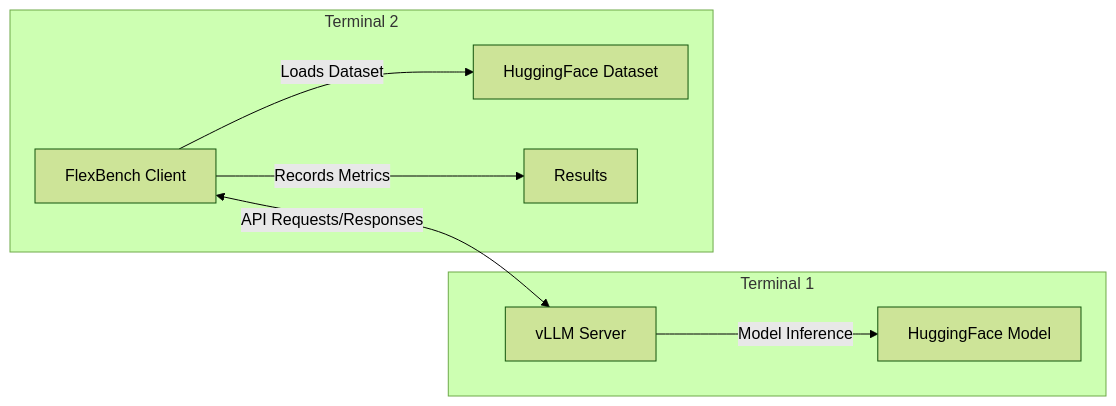
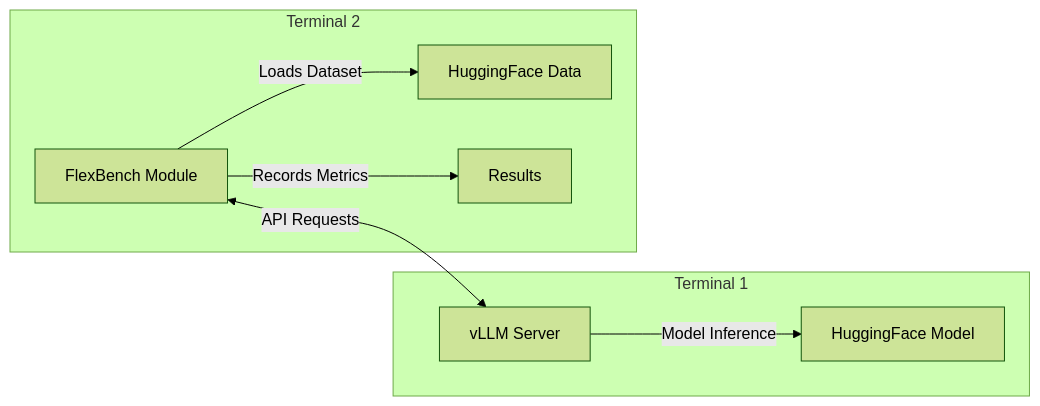
Before and after one commit to flexaihq/flexbench: the second of 2 diagrams in README.md, drawn with Mermaid (forest theme). The commit also changed other lines of this file and 15 other files, not shown here.

First line of the commit message:
Dockerize full workflow with FlexBench CLI (#28)

````diff
--- a/README.md
+++ b/README.md
@@ -18,11 +112,11 @@
 ```mermaid
 flowchart LR
     subgraph Terminal 1
     B[vLLM Server] -->|Model Inference| C[HuggingFace Model]
     end
     subgraph Terminal 2
-    A[FlexBench Client] <-->|API Requests/Responses| B
-    A -->|Loads Dataset| D[HuggingFace Dataset]
+    A[FlexBench Module] <-->|API Requests| B
+    A -->|Loads Dataset| D[HuggingFace Data]
     A -->|Records Metrics| E[Results]
     end
 ```
````
